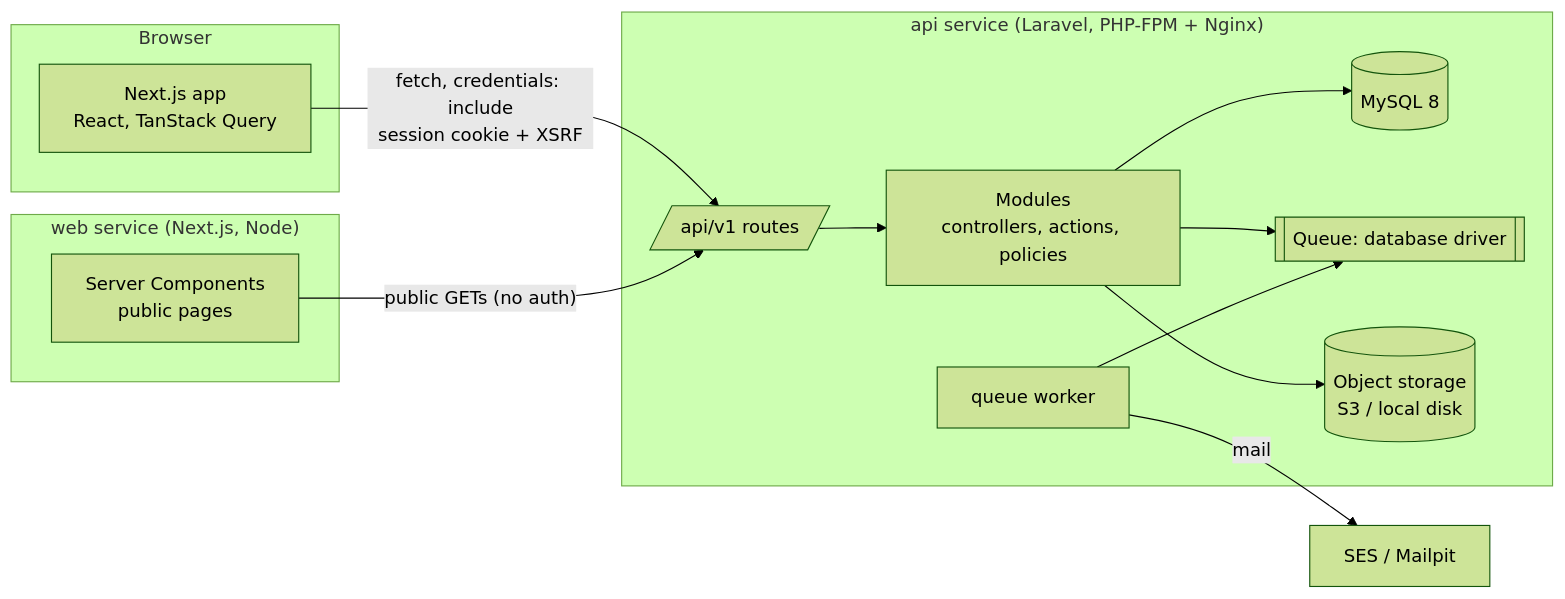
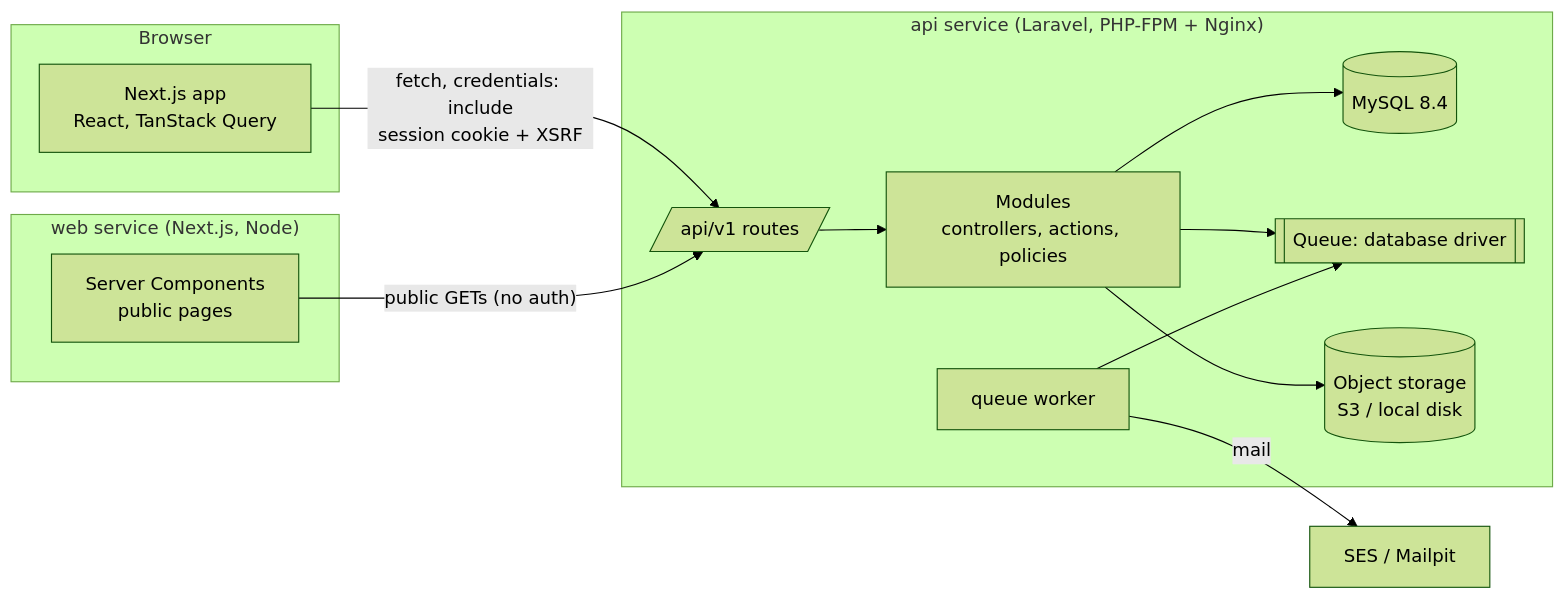
The first of 3 diagrams in docs/ARCHITECTURE.md (VoHieu906/Cyber-Compass), drawn with Mermaid (forest theme) before and after one commit. The commit also changed other lines of this file and 2 other files, not shown here.

````diff
--- a/docs/ARCHITECTURE.md
+++ b/docs/ARCHITECTURE.md
@@ -5,19 +5,19 @@
 ```mermaid
 flowchart LR
   subgraph Browser
     UI[Next.js app<br/>React, TanStack Query]
   end
   subgraph Web["web service (Next.js, Node)"]
     RSC[Server Components<br/>public pages]
   end
   subgraph API["api service (Laravel, PHP-FPM + Nginx)"]
     R[/api/v1 routes/] --> M[Modules<br/>controllers, actions, policies]
-    M --> DB[(MySQL 8)]
+    M --> DB[(MySQL 8.4)]
     M --> Q[[Queue: database driver]]
     W[queue worker] --> Q
     M --> S3[(Object storage<br/>S3 / local disk)]
   end
   UI -- "fetch, credentials: include<br/>session cookie + XSRF" --> R
   RSC -- "public GETs (no auth)" --> R
   W -- mail --> MAIL[SES / Mailpit]
 ```
````
